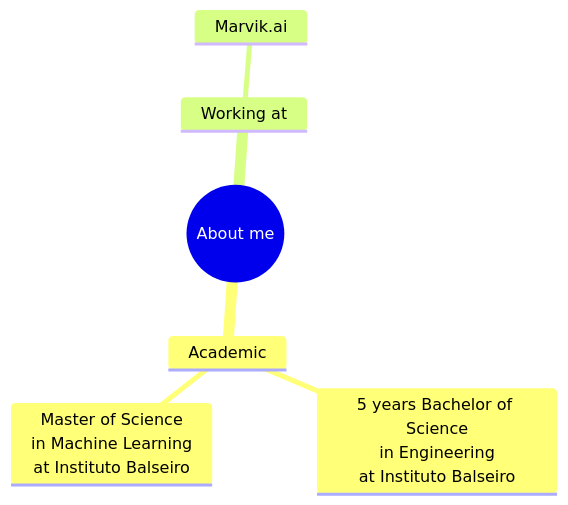
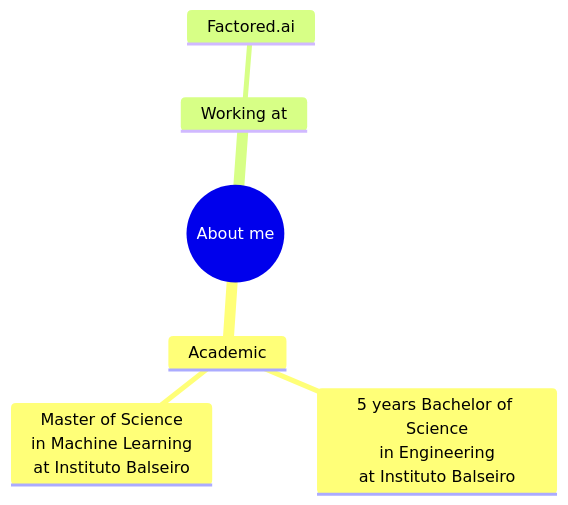
The diagram in README.md (klostermati/klostermati), drawn with Mermaid before and after one commit.

````diff
--- a/README.md
+++ b/README.md
@@ -2,9 +2,9 @@
 ``` mermaid
 mindmap
   root((About me))
     Academic
       5 years Bachelor of Science<br>in Engineering<br>at Instituto Balseiro
       Master of Science<br>in Machine Learning<br>at Instituto Balseiro
     Working at
-      Marvik.ai
+      Factored.ai
 ```
````
